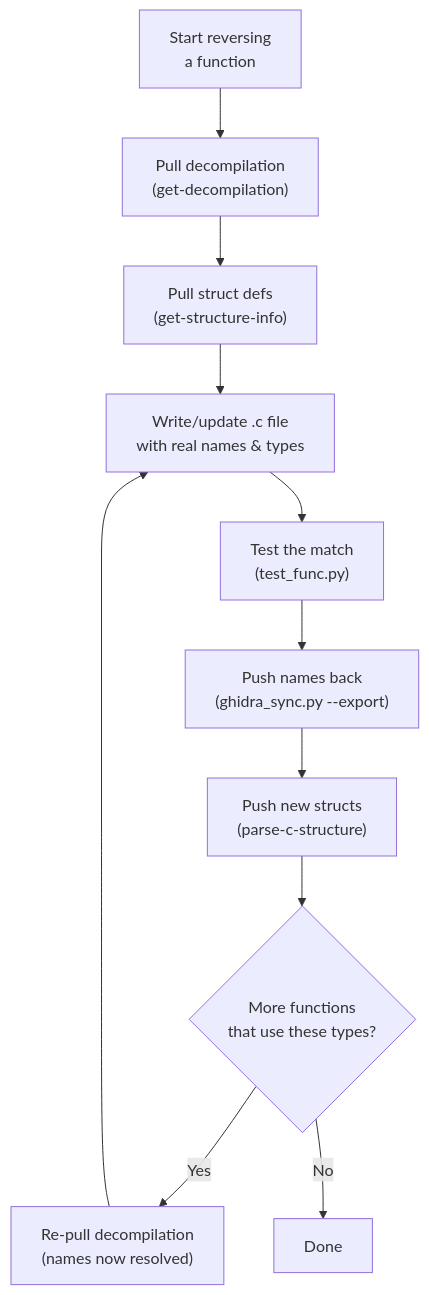
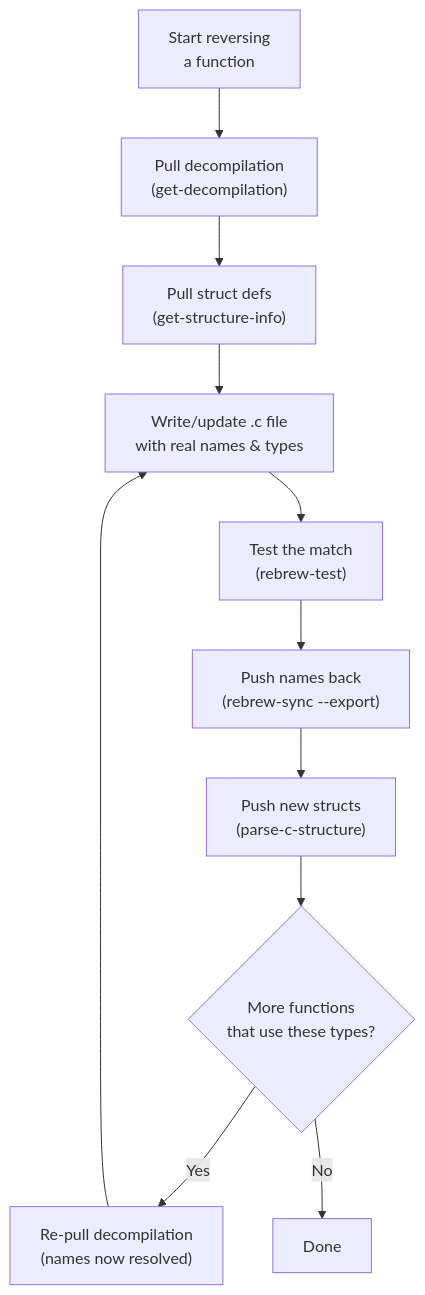
Before and after one commit to maci0/rebrew: the fourth of 4 diagrams in docs/WORKFLOW.md, drawn with Mermaid. The commit also changed other lines of this file and 77 other files, not shown here.

````diff
--- a/docs/WORKFLOW.md
+++ b/docs/WORKFLOW.md
@@ -615,13 +603,13 @@
 ```mermaid
 graph TD
     A["Start reversing<br/>a function"] --> B["Pull decompilation<br/>(get-decompilation)"]
     B --> C["Pull struct defs<br/>(get-structure-info)"]
     C --> D["Write/update .c file<br/>with real names & types"]
-    D --> E["Test the match<br/>(test_func.py)"]
-    E --> F["Push names back<br/>(ghidra_sync.py --export)"]
+    D --> E["Test the match<br/>(rebrew-test)"]
+    E --> F["Push names back<br/>(rebrew-sync --export)"]
     F --> G["Push new structs<br/>(parse-c-structure)"]
     G --> H{"More functions<br/>that use these types?"}
     H -->|Yes| I["Re-pull decompilation<br/>(names now resolved)"]
     I --> D
     H -->|No| J["Done"]
 ```
````
